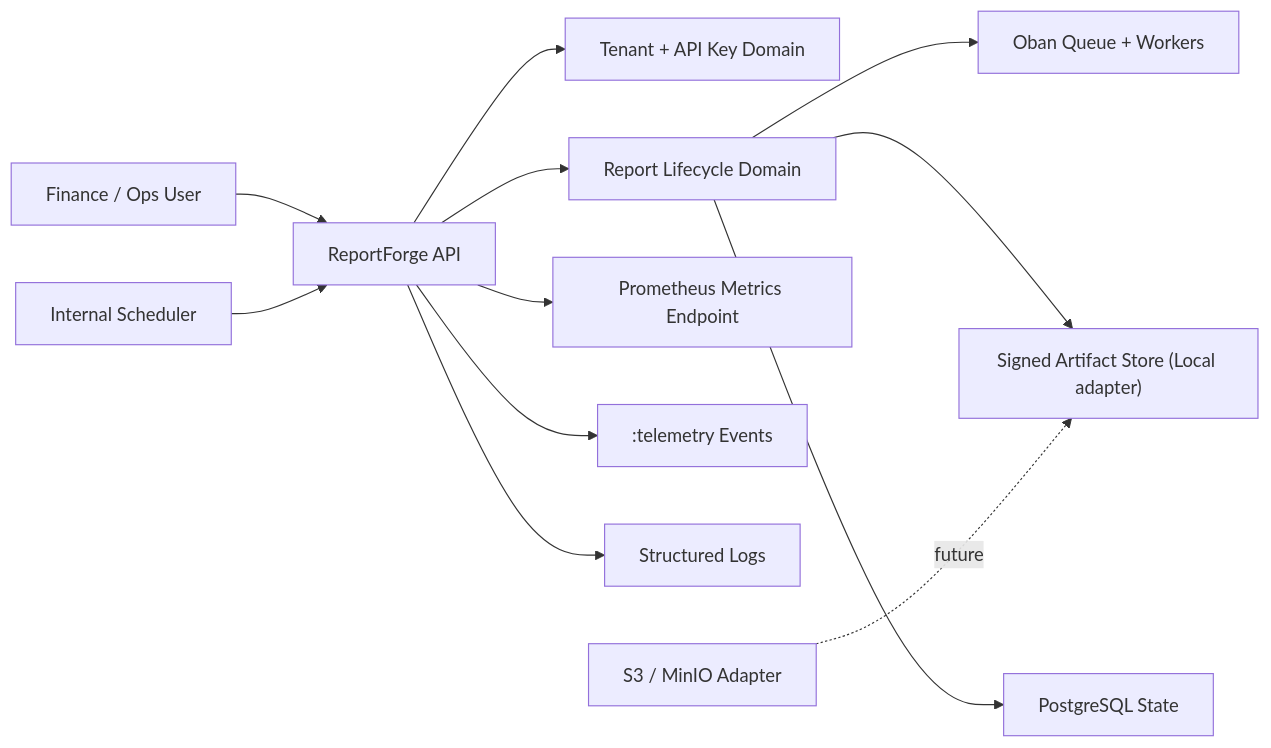
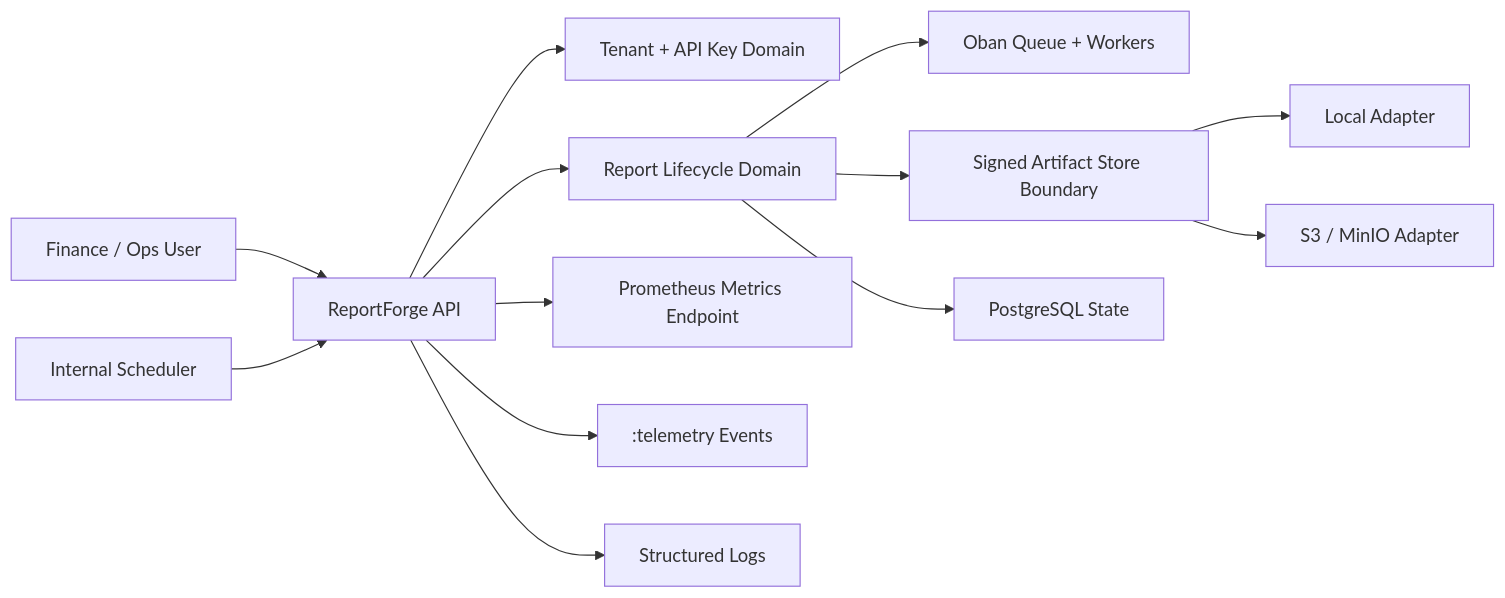
The diagram in docs/diagrams/system-context.md (Defyland/reportforge-elixir-report-platform), drawn with Mermaid before and after one commit. The commit also changed 10 other files, not shown here.

````diff
--- a/docs/diagrams/system-context.md
+++ b/docs/diagrams/system-context.md
@@ -3,14 +3,15 @@
 ```mermaid
 flowchart LR
   Ops["Finance / Ops User"] --> API["ReportForge API"]
   Scheduler["Internal Scheduler"] --> API
   API --> Identity["Tenant + API Key Domain"]
   API --> Reports["Report Lifecycle Domain"]
   Reports --> Jobs["Oban Queue + Workers"]
-  Reports --> Artifacts["Signed Artifact Store (Local adapter)"]
+  Reports --> Artifacts["Signed Artifact Store Boundary"]
+  Artifacts --> LocalStore["Local Adapter"]
+  Artifacts --> S3Store["S3 / MinIO Adapter"]
   Reports --> DB["PostgreSQL State"]
   API --> Metrics["Prometheus Metrics Endpoint"]
   API --> Telemetry[":telemetry Events"]
   API --> Logs["Structured Logs"]
-  FutureStorage["S3 / MinIO Adapter"] -. future .-> Artifacts
 ```
````
